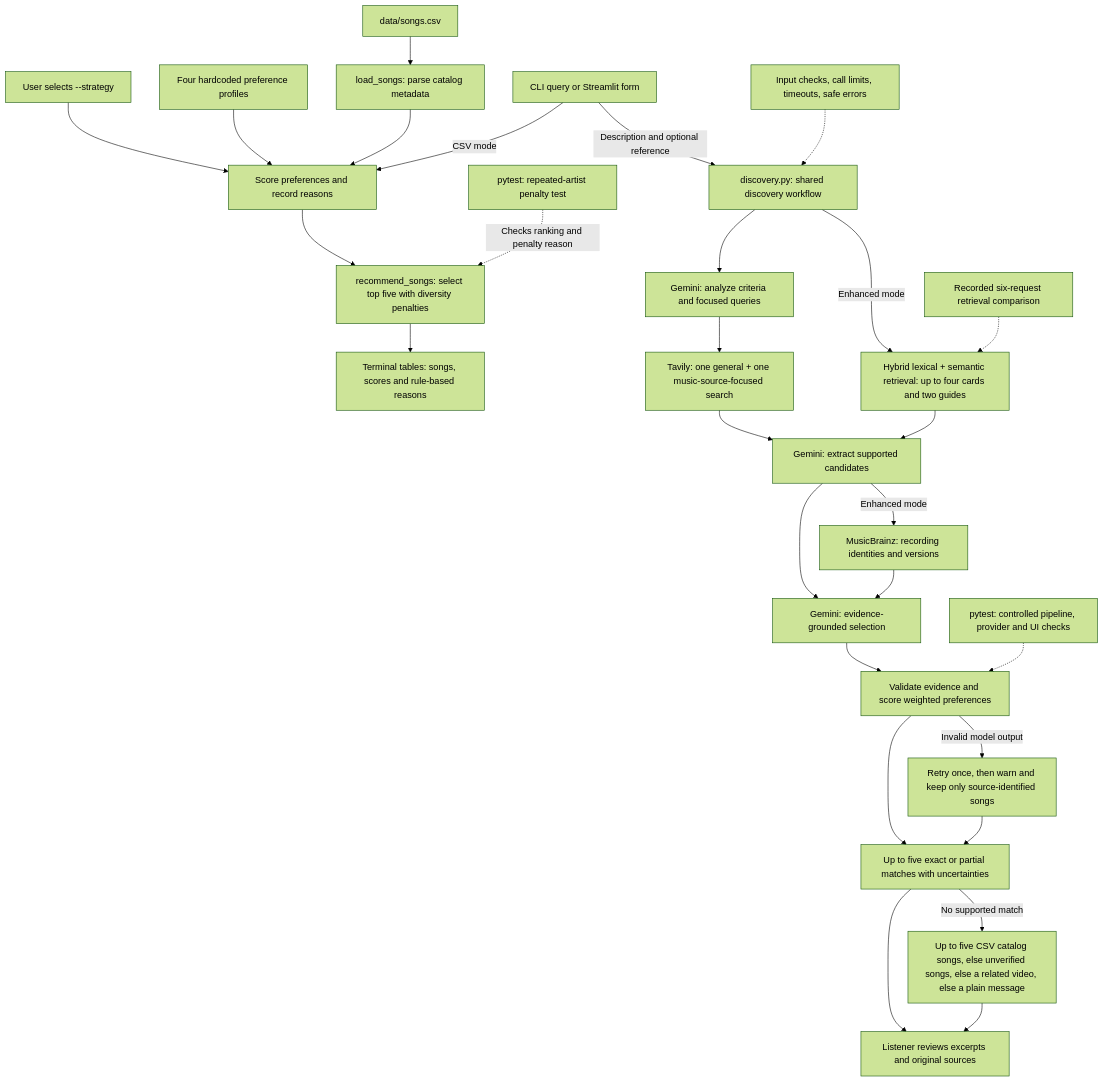
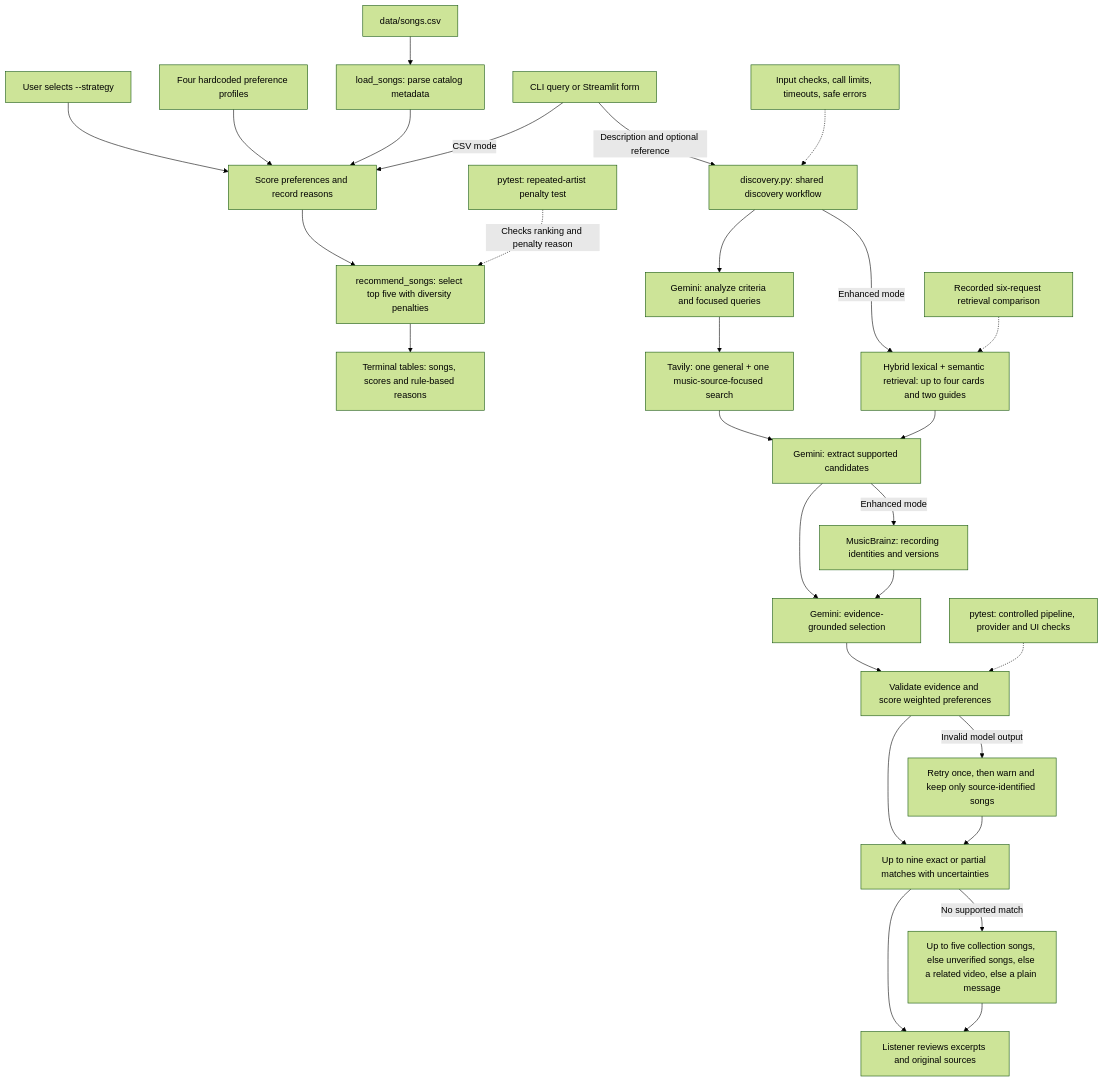
Before and after one commit to KarinaS0uza/applied-ai-music-recommender: the diagram in diagrams/architecture.mmd, drawn with Mermaid (forest theme). The commit also changed 11 other files, not shown here.

```diff
--- a/diagrams/architecture.mmd
+++ b/diagrams/architecture.mmd
@@ -1,32 +1,32 @@
 flowchart TD
     Strategy["User selects --strategy"] --> Scoring["Score preferences and record reasons"]
     Profiles["Four hardcoded preference profiles"] --> Scoring
     Catalog["data/songs.csv"] --> Loader["load_songs: parse catalog metadata"]
     Loader --> Scoring
     Scoring --> Selection["recommend_songs: select top five with diversity penalties"]
     Selection --> Output["Terminal tables: songs, scores and rule-based reasons"]
 
     %% Existing development test, run separately from the application.
     Tests["pytest: repeated-artist penalty test"] -.->|"Checks ranking and penalty reason"| Selection
 
     UI["CLI query or Streamlit form"] -->|"CSV mode"| Scoring
     UI -->|"Description and optional reference"| RAG["discovery.py: shared discovery workflow"]
     RAG --> Intent["Gemini: analyze criteria and focused queries"]
     Intent --> Web["Tavily: one general + one music-source-focused search"]
     RAG -->|"Enhanced mode"| Docs["Hybrid lexical + semantic retrieval: up to four cards and two guides"]
     Web --> Extract["Gemini: extract supported candidates"]
     Docs --> Extract
     Extract -->|"Enhanced mode"| Metadata["MusicBrainz: recording identities and versions"]
     Extract --> Generate["Gemini: evidence-grounded selection"]
     Metadata --> Generate
     Generate --> Validate["Validate evidence and score weighted preferences"]
-    Validate --> Results["Up to five exact or partial matches with uncertainties"]
+    Validate --> Results["Up to nine exact or partial matches with uncertainties"]
     Results --> Human["Listener reviews excerpts and original sources"]
     Checks["pytest: controlled pipeline, provider and UI checks"] -.-> Validate
     Review["Recorded six-request retrieval comparison"] -.-> Docs
 
     Validate -->|"Invalid model output"| Degrade["Retry once, then warn and keep only source-identified songs"]
     Degrade --> Results
-    Results -->|"No supported match"| Fallback["Up to five CSV catalog songs, else unverified songs, else a related video, else a plain message"]
+    Results -->|"No supported match"| Fallback["Up to five collection songs, else unverified songs, else a related video, else a plain message"]
     Fallback --> Human
     Guard["Input checks, call limits, timeouts, safe errors"] -.-> RAG
```
